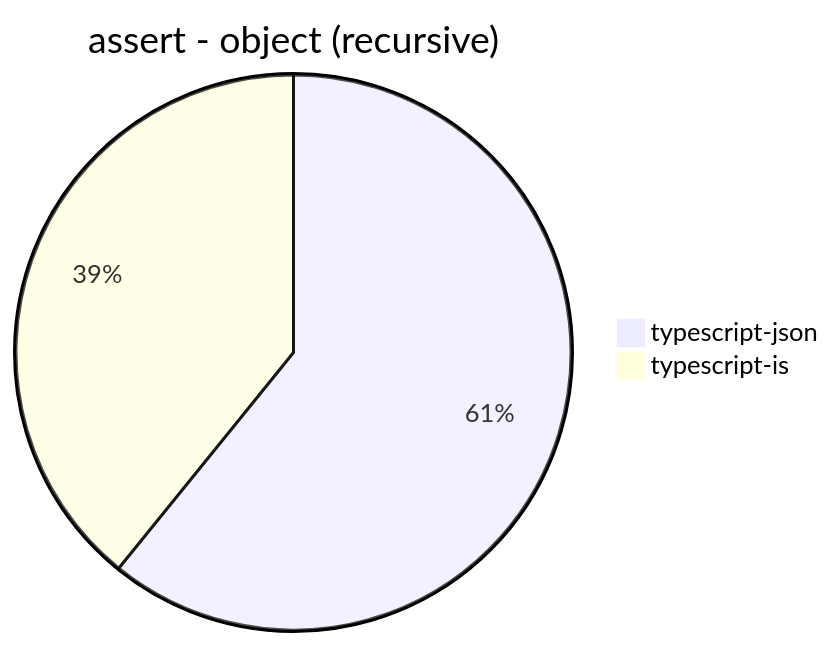
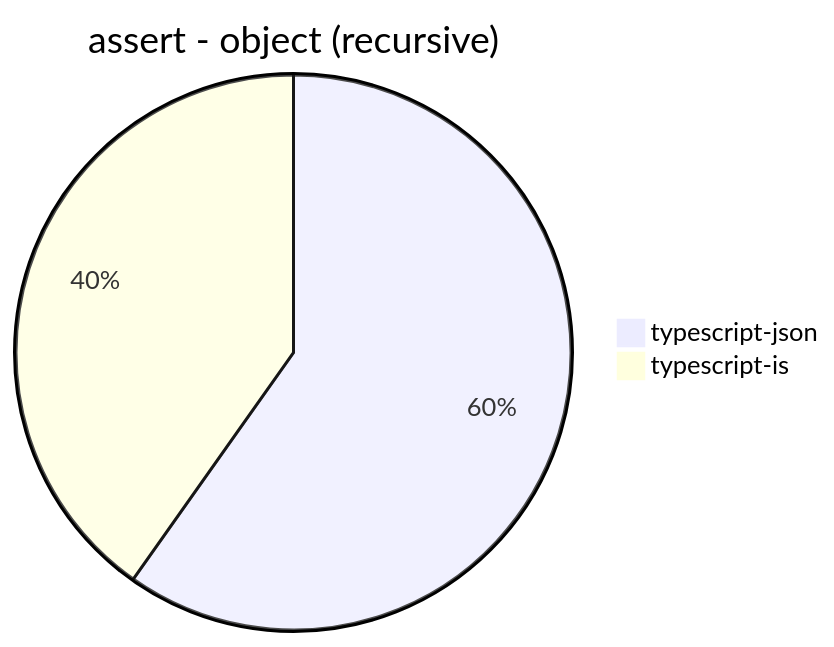
Before and after one commit to samchon/typia: the second of 30 diagrams in benchmark/results/Apple M1.md, drawn with Mermaid. The commit also changed other lines of this file, not shown here.

````diff
--- a/benchmark/results/Apple M1.md
+++ b/benchmark/results/Apple M1.md
@@ -24,5 +25,5 @@
 ```mermaid
 pie title assert - object (recursive)
-  "typescript-json": 32381.264807727355
-  "typescript-is": 20847.71013426522
+  "typescript-json": 34408.39135214364
+  "typescript-is": 23132.453921214314
 ```
````
